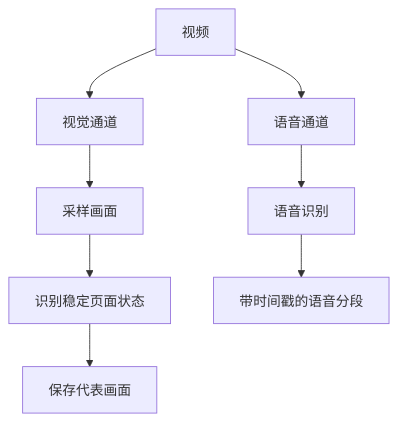
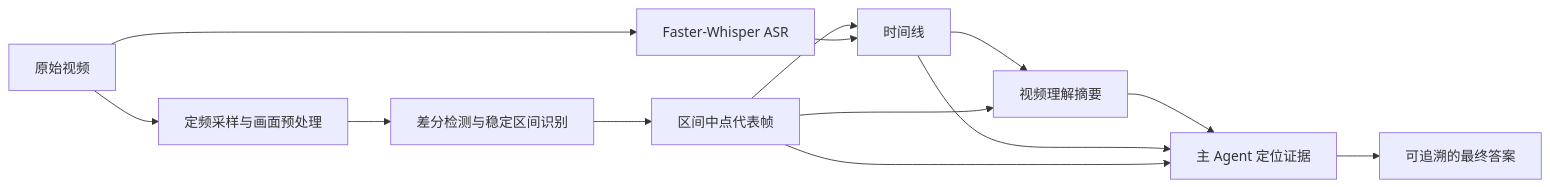
The diagram in src/content/blog/KDDCUP2026Data-agentIDMG123队伍视频理解方案_20260723_181320.md (xxy1103/xxy1103.github.io), drawn with Mermaid before and after one commit. The commit also changed other lines of this file and 2 other files, not shown here.

First line of the commit message:
Refactor KDD Cup 2026 Data Agent video understanding documentation

````diff
--- a/src/content/blog/KDDCUP2026Data-agentIDMG123队伍视频理解方案_20260723_181320.md
+++ b/src/content/blog/KDDCUP2026Data-agentIDMG123队伍视频理解方案_20260723_181320.md
@@ -173,12 +29,16 @@
 ```mermaid
-flowchart TD
-    VIDEO["视频"] --> V["视觉通道"]
-    VIDEO --> A["语音通道"]
+flowchart LR
+    V["原始视频"] --> P["定频采样与画面预处理"]
+    P --> S["差分检测与稳定区间识别"]
+    S --> F["区间中点代表帧"]
 
-    V --> SAMPLE["采样画面"]
-    SAMPLE --> STABLE["识别稳定页面状态"]
-    STABLE --> FRAMES["保存代表画面"]
-
-    A --> ASR["语音识别"]
-    ASR --> SEGMENTS["带时间戳的语音分段"]
+    V --> A["Faster-Whisper ASR"]
+    F --> T["时间线"]
+    A --> T
+    T --> U["视频理解摘要"]
+    F --> U
+    U --> M["主 Agent 定位证据"]
+    T --> M
+    F --> M
+    M --> E["可追溯的最终答案"]
 ```
````
